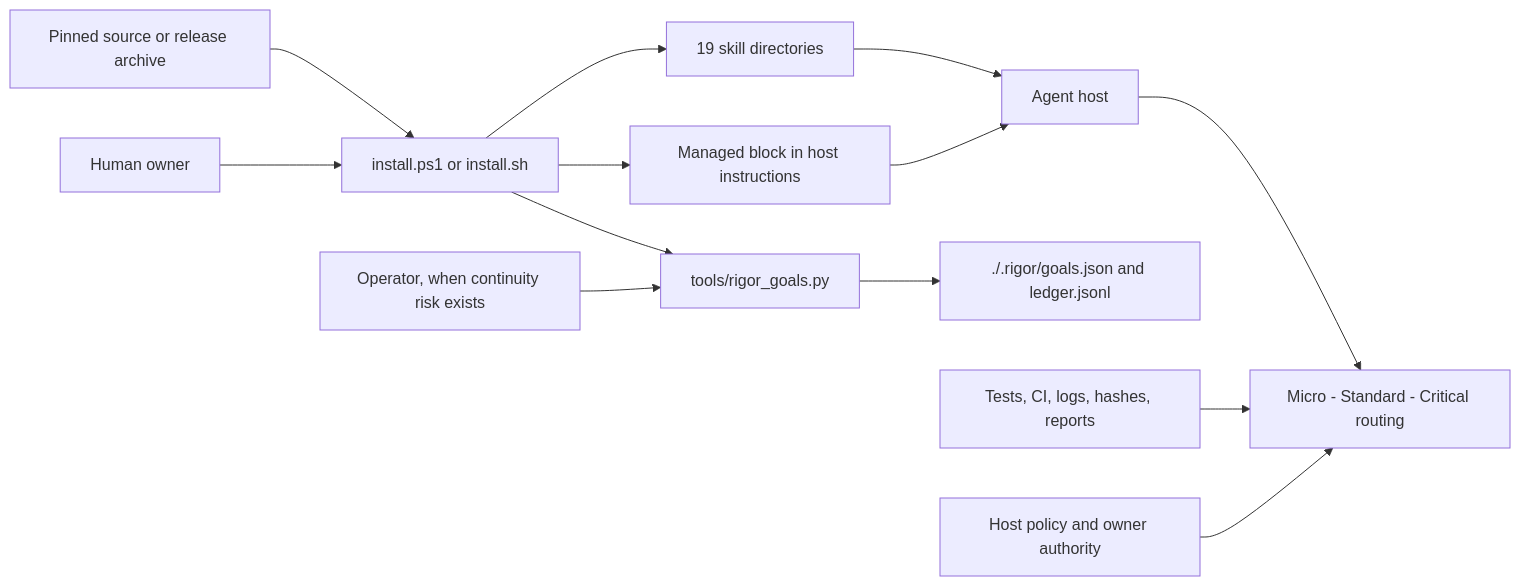
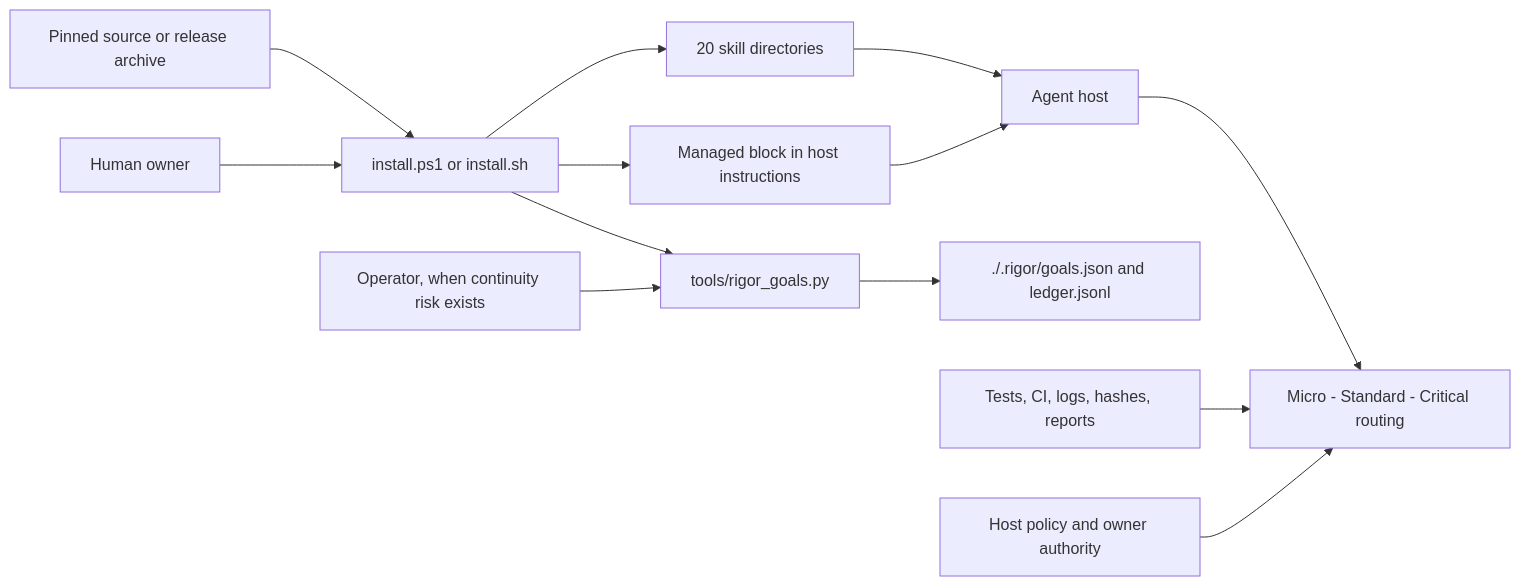
The first of 2 diagrams in docs/architecture.md (scottconverse/dev-rigor-stack-lite), drawn with Mermaid before and after one commit. The commit also changed other lines of this file and 20 other files, not shown here.

````diff
--- a/docs/architecture.md
+++ b/docs/architecture.md
@@ -10,15 +10,15 @@
 ```mermaid
 flowchart LR
     Source["Pinned source or release archive"] --> Installer["install.ps1 or install.sh"]
     Owner["Human owner"] --> Installer
-    Installer --> Skills["19 skill directories"]
+    Installer --> Skills["20 skill directories"]
     Installer --> Goals["tools/rigor_goals.py"]
     Installer --> Anchor["Managed block in host instructions"]
     Skills --> Host["Agent host"]
     Anchor --> Host
     Operator["Operator, when continuity risk exists"] --> Goals
     Goals --> State["./.rigor/goals.json and ledger.jsonl"]
     Host --> Gates["Micro - Standard - Critical routing"]
     Evidence["Tests, CI, logs, hashes, reports"] --> Gates
     Policy["Host policy and owner authority"] --> Gates
 ```
````
